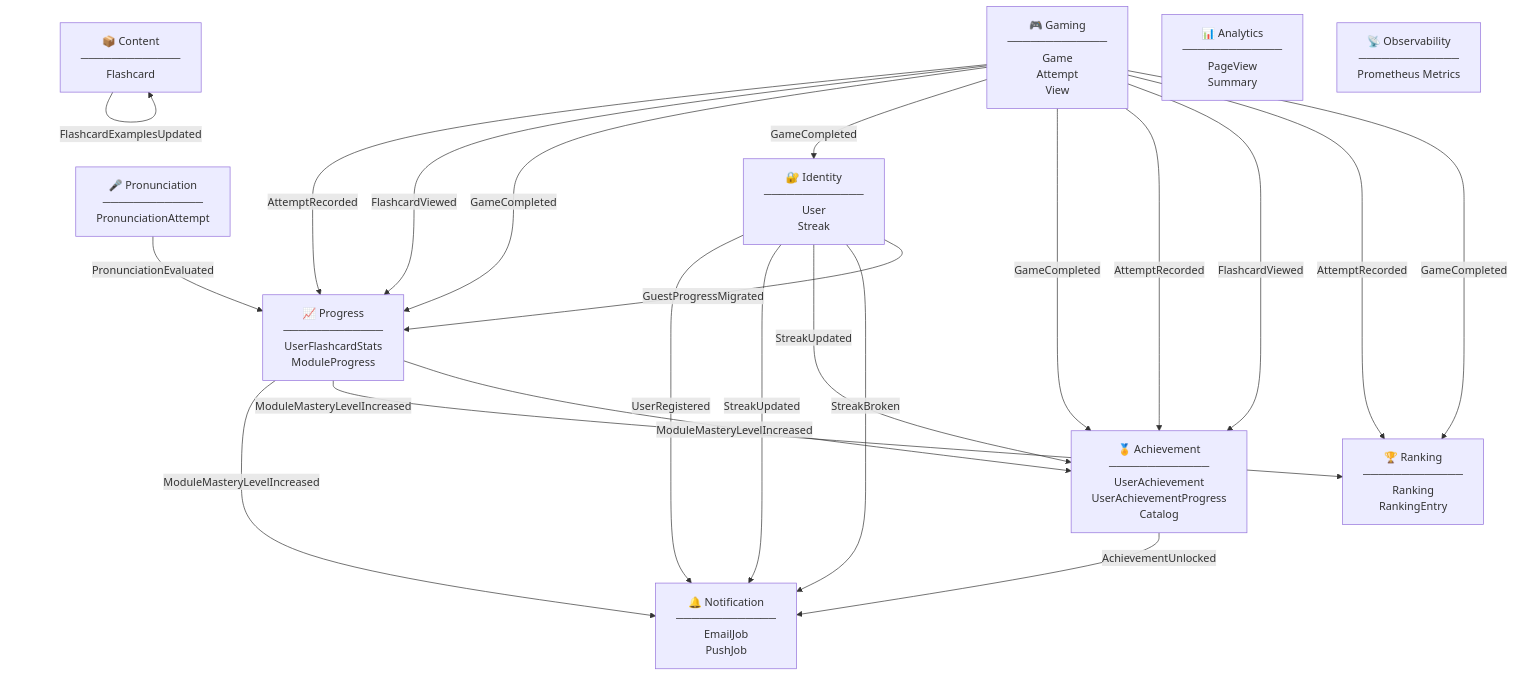
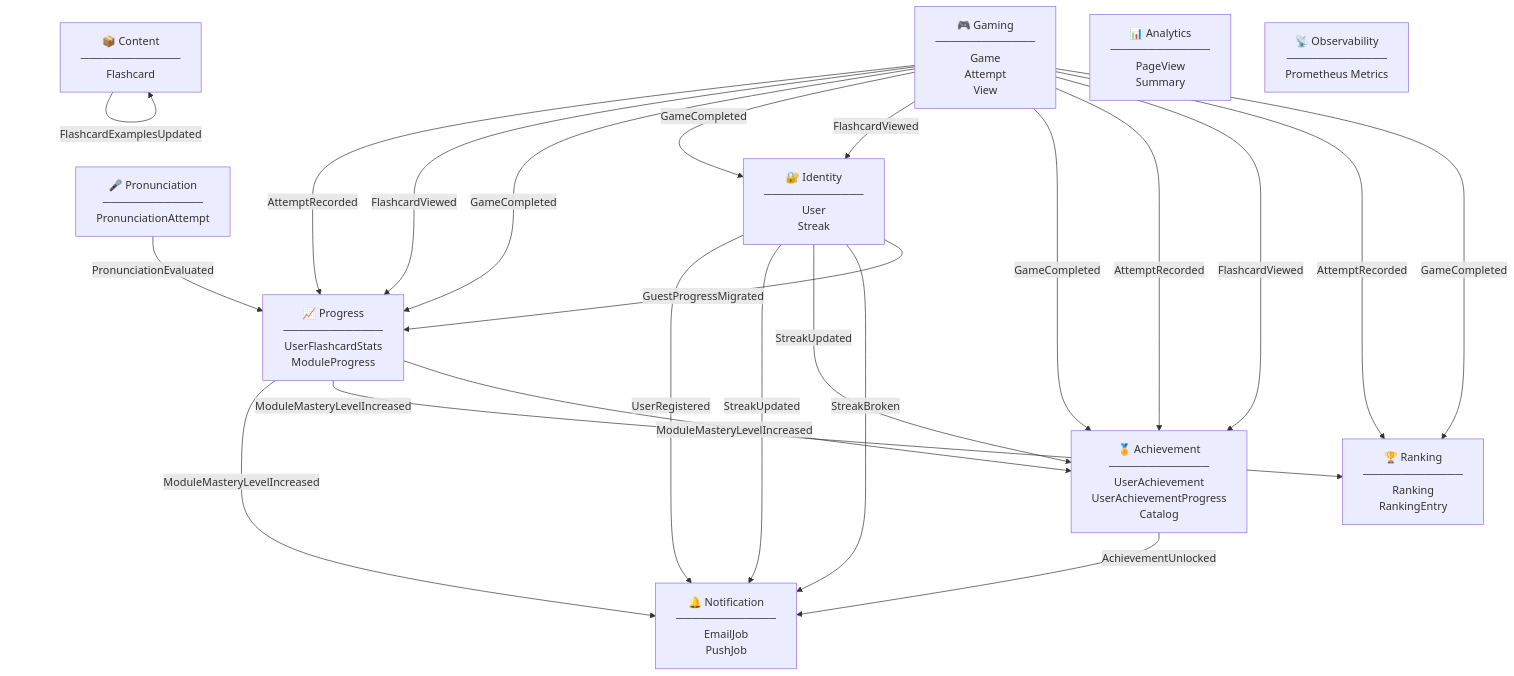
One commit to AbrahamVilchesDeLaCruz/ididntcatchthat changed the diagram in docs/domain/bounded-contexts.md. Above: the diagram before and after it, drawn with Mermaid. The commit also changed other lines of this file and 4 other files, not shown here.

First line of the commit message:
docs(identity): sync streak flashcard consumer and session events

````diff
--- a/docs/domain/bounded-contexts.md
+++ b/docs/domain/bounded-contexts.md
@@ -9,42 +9,43 @@
 ```mermaid
 graph TB
     Identity["🔐 Identity\n─────────────\nUser\nStreak"]
     Content["📦 Content\n─────────────\nFlashcard"]
     Gaming["🎮 Gaming\n─────────────\nGame\nAttempt\nView"]
     Progress["📈 Progress\n─────────────\nUserFlashcardStats\nModuleProgress"]
     Achievement["🏅 Achievement\n─────────────\nUserAchievement\nUserAchievementProgress\nCatalog"]
     Pronunciation["🎤 Pronunciation\n─────────────\nPronunciationAttempt"]
     Ranking["🏆 Ranking\n─────────────\nRanking\nRankingEntry"]
     Notification["🔔 Notification\n─────────────\nEmailJob\nPushJob"]
     Analytics["📊 Analytics\n─────────────\nPageView\nSummary"]
     Observability["📡 Observability\n─────────────\nPrometheus Metrics"]
 
     Gaming -->|AttemptRecorded| Progress
     Gaming -->|FlashcardViewed| Progress
     Gaming -->|GameCompleted| Progress
     Gaming -->|GameCompleted| Identity
+    Gaming -->|FlashcardViewed| Identity
     Gaming -->|GameCompleted| Achievement
     Gaming -->|AttemptRecorded| Achievement
     Gaming -->|FlashcardViewed| Achievement
     Gaming -->|AttemptRecorded| Ranking
     Gaming -->|GameCompleted| Ranking
 
     Content -->|FlashcardCreated| Content
     Content -->|FlashcardExamplesCompleted| Content
     Content -->|FlashcardExpressionUpdated| Content
     Content -->|FlashcardExamplesUpdated| Content
 
     Identity -->|UserRegistered| Notification
     Identity -->|StreakUpdated| Notification
     Identity -->|StreakUpdated| Achievement
     Identity -->|StreakBroken| Notification
     Identity -->|GuestProgressMigrated| Progress
 
     Progress -->|ModuleMasteryLevelIncreased| Notification
     Progress -->|ModuleMasteryLevelIncreased| Ranking
     Progress -->|ModuleMasteryLevelIncreased| Achievement
 
     Achievement -->|AchievementUnlocked| Notification
 
     Pronunciation -->|PronunciationEvaluated| Progress
 ```
````
